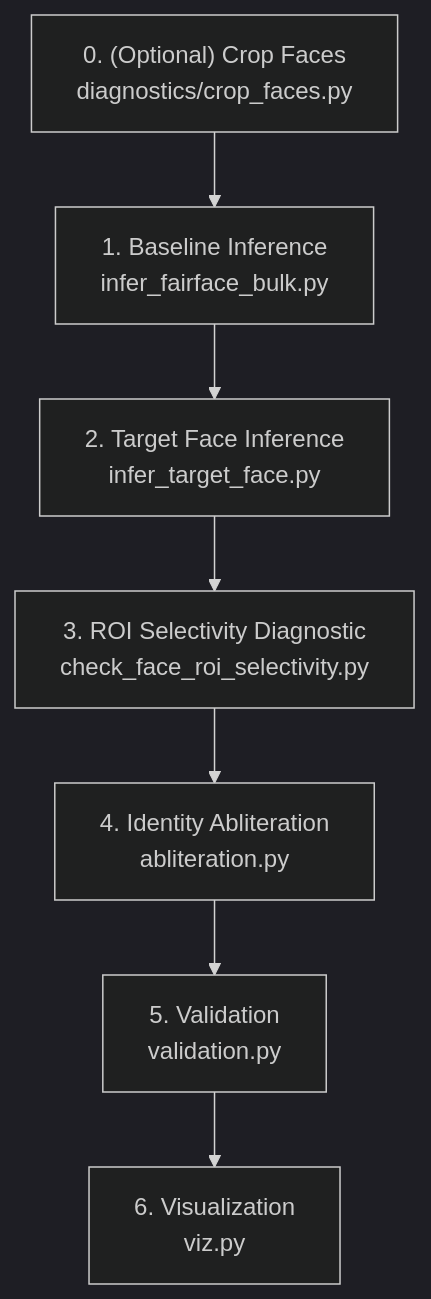
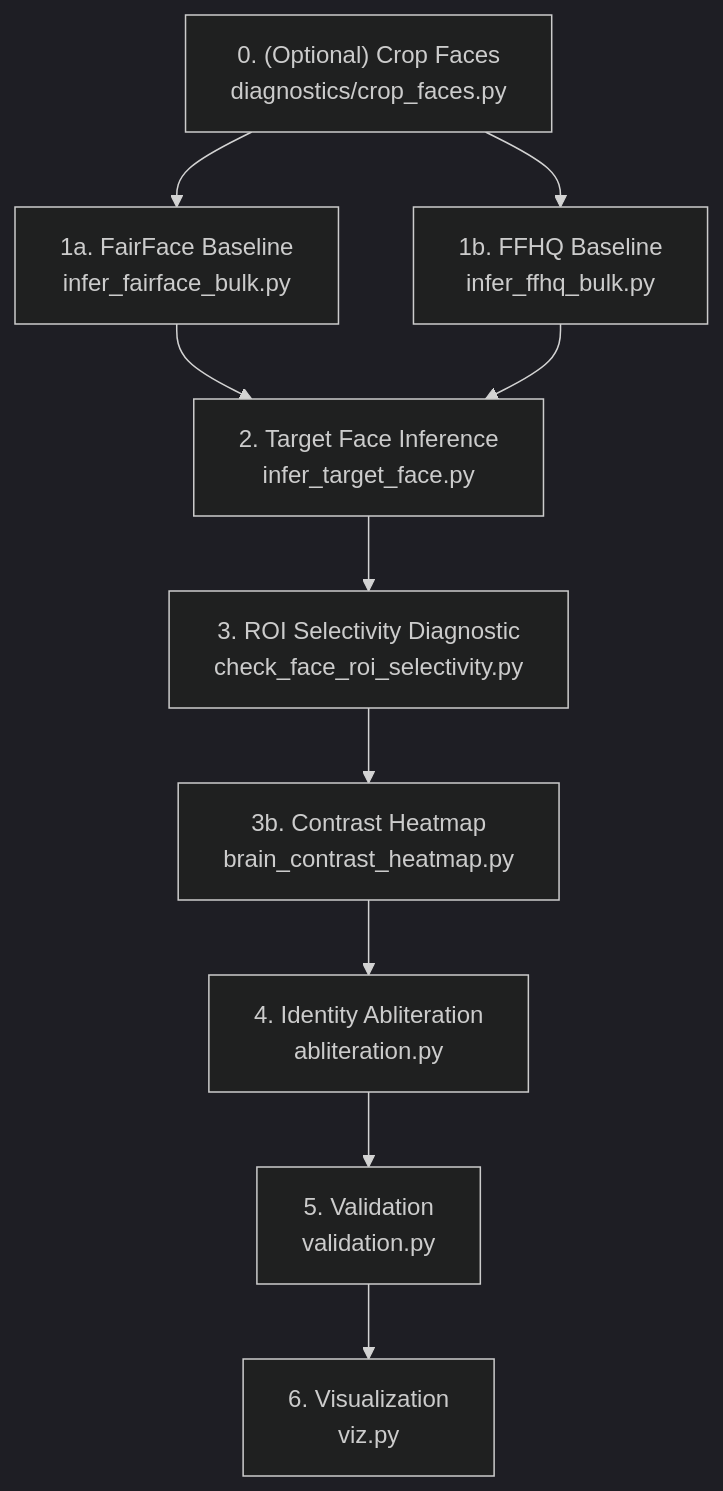
One commit to aloshdenny/e85 changed the diagram in README.MD. Above: the diagram before and after it, drawn with Mermaid (dark theme). The commit also changed other lines of this file, not shown here.

Commit message:
readme for merged baseline

````diff
--- a/README.MD
+++ b/README.MD
@@ -69,9 +87,12 @@
 ```mermaid
 flowchart TD
-    A["0. (Optional) Crop Faces<br/>diagnostics/crop_faces.py"] --> B["1. Baseline Inference<br/>infer_fairface_bulk.py"]
-    B --> C["2. Target Face Inference<br/>infer_target_face.py"]
+    A["0. (Optional) Crop Faces<br/>diagnostics/crop_faces.py"] --> B1["1a. FairFace Baseline<br/>infer_fairface_bulk.py"]
+    A --> B2["1b. FFHQ Baseline<br/>infer_ffhq_bulk.py"]
+    B1 --> C["2. Target Face Inference<br/>infer_target_face.py"]
+    B2 --> C
     C --> D["3. ROI Selectivity Diagnostic<br/>check_face_roi_selectivity.py"]
-    D --> E["4. Identity Abliteration<br/>abliteration.py"]
+    D --> D2["3b. Contrast Heatmap<br/>brain_contrast_heatmap.py"]
+    D2 --> E["4. Identity Abliteration<br/>abliteration.py"]
     E --> F["5. Validation<br/>validation.py"]
     F --> G["6. Visualization<br/>viz.py"]
 ```
````
